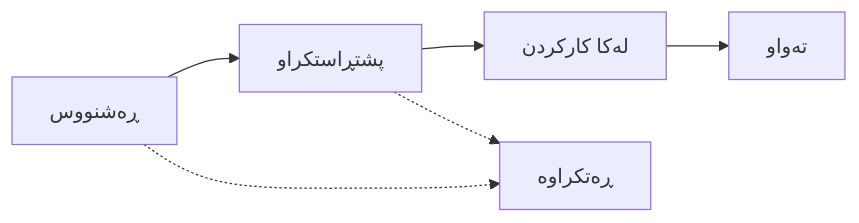
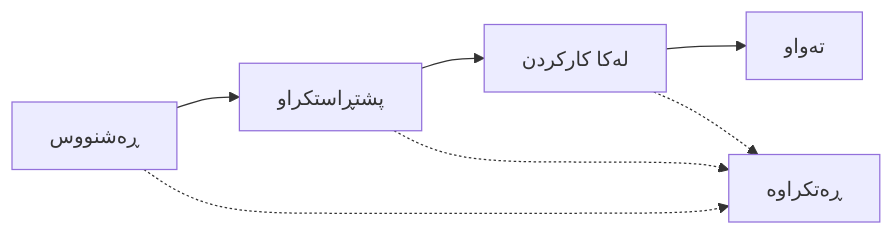
Before and after one commit to Xoshbin/kezi-ERP: the diagram in docs/User Guide/manufacturing-orders.ckb.md, drawn with Mermaid. The commit also changed other lines of this file and 7 other files, not shown here.

````diff
--- a/docs/User Guide/manufacturing-orders.ckb.md
+++ b/docs/User Guide/manufacturing-orders.ckb.md
@@ -15,8 +15,9 @@
 ```mermaid
 graph LR
     A[ڕەشنووس] --> B[پشتڕاستکراو]
     B --> C[لەکا کارکردن]
     C --> D[تەواو]
     A -.-> E[ڕەتکراوە]
     B -.-> E
+    C -.-> E
 ```
````
